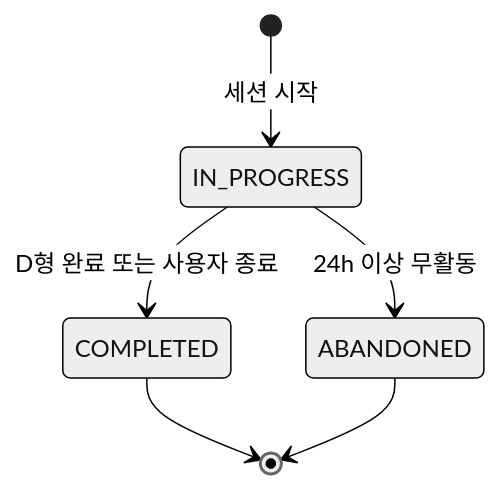
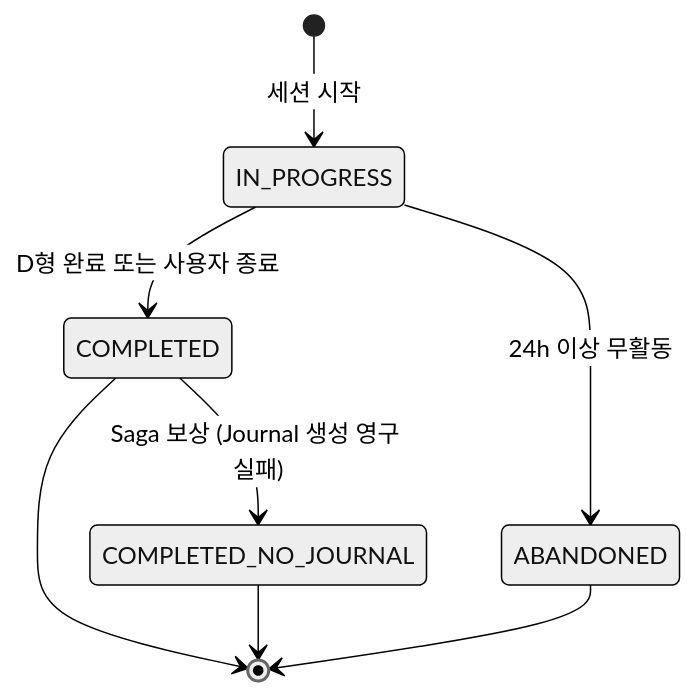
One commit to Tae0072/2nd-Team-Project changed the sixth of 7 diagrams in 02_ERD_문서.md. Above: the diagram before and after it, drawn with Mermaid (neutral theme). The commit also changed other lines of this file and 2 other files, not shown here.

Commit message:
docs: bump 02_ERD to v1.1 (25-item review patch) + sync 01번 v1.3 (토픽 4→7개 + Schema Registry/DLQ)

````diff
--- a/02_ERD_문서.md
+++ b/02_ERD_문서.md
@@ -569,8 +717,10 @@
 ```mermaid
 stateDiagram-v2
     [*] --> IN_PROGRESS: 세션 시작
     IN_PROGRESS --> COMPLETED: D형 완료 또는 사용자 종료
     IN_PROGRESS --> ABANDONED: 24h 이상 무활동
+    COMPLETED --> COMPLETED_NO_JOURNAL: Saga 보상 (Journal 생성 영구 실패)
     COMPLETED --> [*]
+    COMPLETED_NO_JOURNAL --> [*]
     ABANDONED --> [*]
 ```
````
